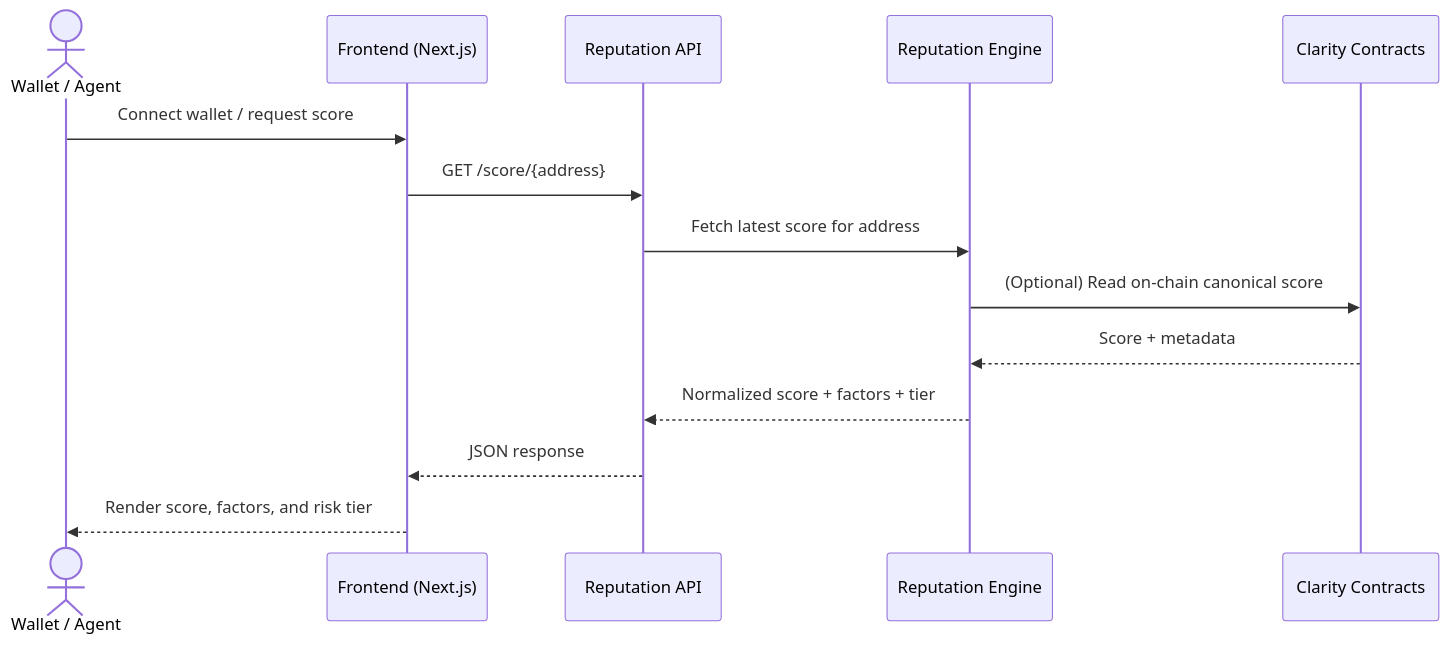
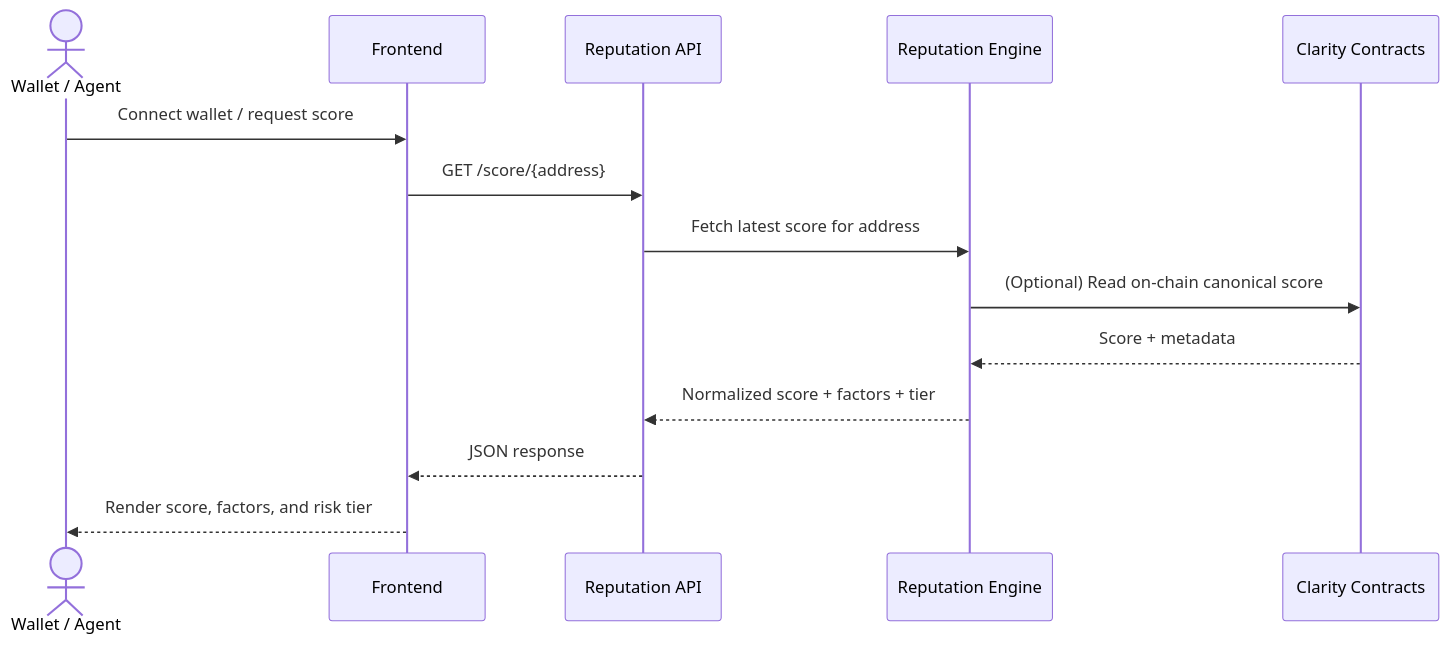
Before and after one commit to Zakariasisu5/BitTrust: the second of 2 diagrams in README.md, drawn with Mermaid. The commit also changed other lines of this file, not shown here.

````diff
--- a/README.md
+++ b/README.md
@@ -85,17 +85,17 @@
 ```mermaid
 sequenceDiagram
   actor W as Wallet / Agent
-  participant FE as Frontend (Next.js)
+  participant FE as Frontend
   participant API as Reputation API
   participant RE as Reputation Engine
   participant SC as Clarity Contracts
 
   W->>FE: Connect wallet / request score
   FE->>API: GET /score/{address}
   API->>RE: Fetch latest score for address
-  RE->>SC: (Optional) Read on‑chain canonical score
+  RE->>SC: (Optional) Read on-chain canonical score
   SC-->>RE: Score + metadata
   RE-->>API: Normalized score + factors + tier
   API-->>FE: JSON response
   FE-->>W: Render score, factors, and risk tier
 ```
````
